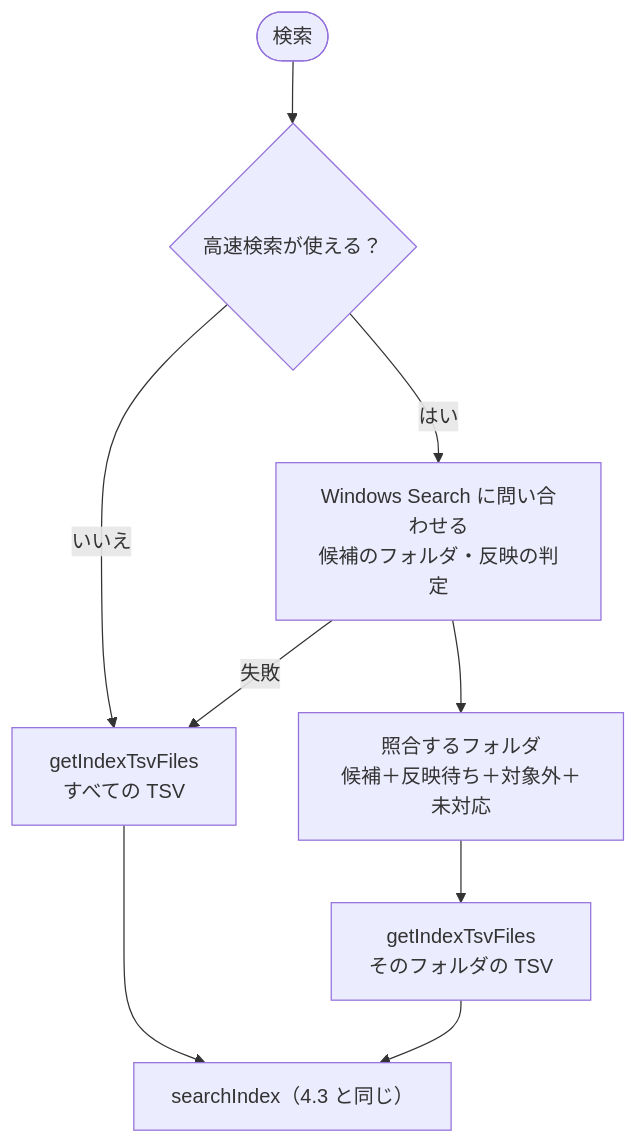
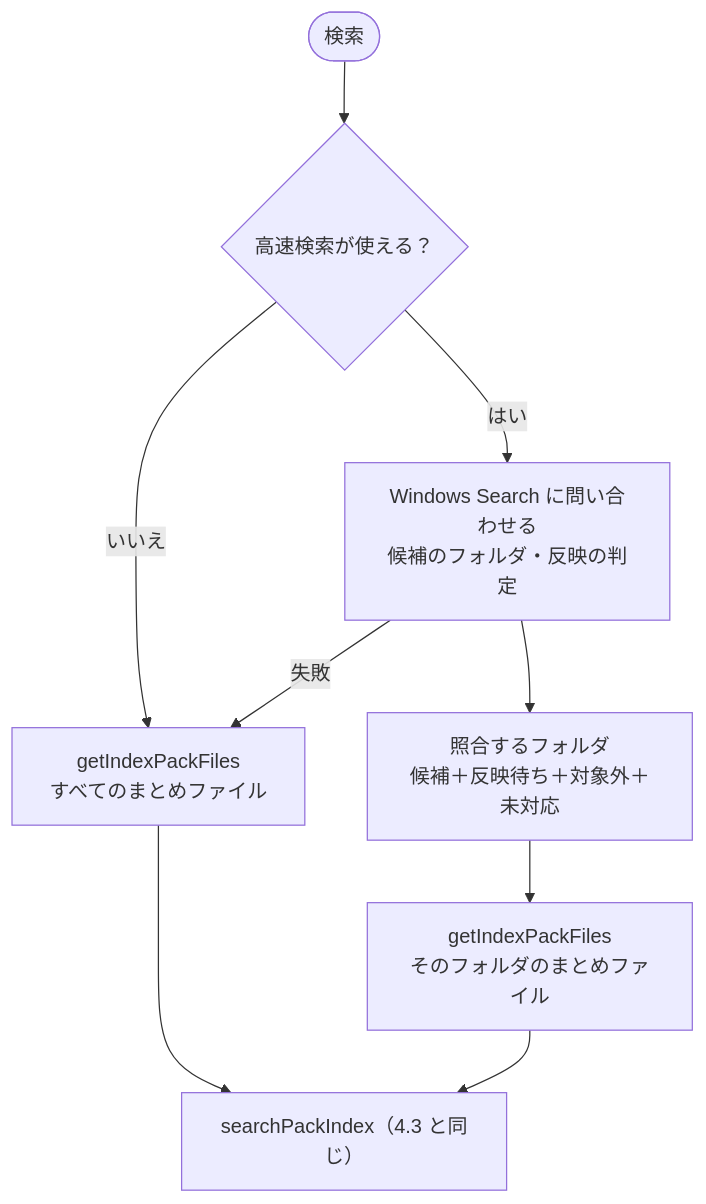
Before and after one commit to hsgwa/tebunko: the third of 5 diagrams in docs/02_検索.md, drawn with Mermaid. The commit also changed other lines of this file and 49 other files, not shown here.

````diff
--- a/docs/02_検索.md
+++ b/docs/02_検索.md
@@ -147,11 +151,11 @@
 ```mermaid
 flowchart TD
     S(["検索"]) --> U{"高速検索が使える？"}
-    U -- いいえ --> ALL["getIndexTsvFiles<br>すべての TSV"]
+    U -- いいえ --> ALL["getIndexPackFiles<br>すべてのまとめファイル"]
     U -- はい --> Q["Windows Search に問い合わせる<br>候補のフォルダ・反映の判定"]
     Q -- 失敗 --> ALL
     Q --> T["照合するフォルダ<br>候補＋反映待ち＋対象外＋未対応"]
-    T --> F["getIndexTsvFiles<br>そのフォルダの TSV"]
-    ALL --> R["searchIndex（4.3 と同じ）"]
+    T --> F["getIndexPackFiles<br>そのフォルダのまとめファイル"]
+    ALL --> R["searchPackIndex（4.3 と同じ）"]
     F --> R
 ```
````
